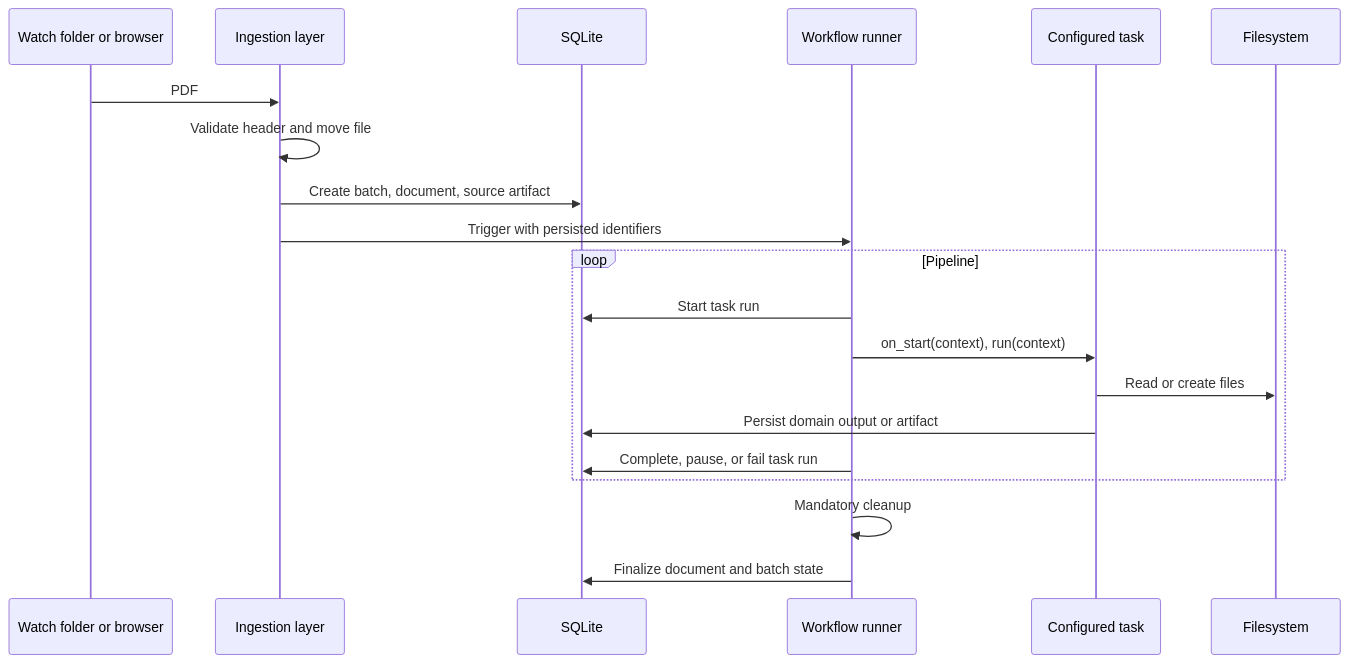
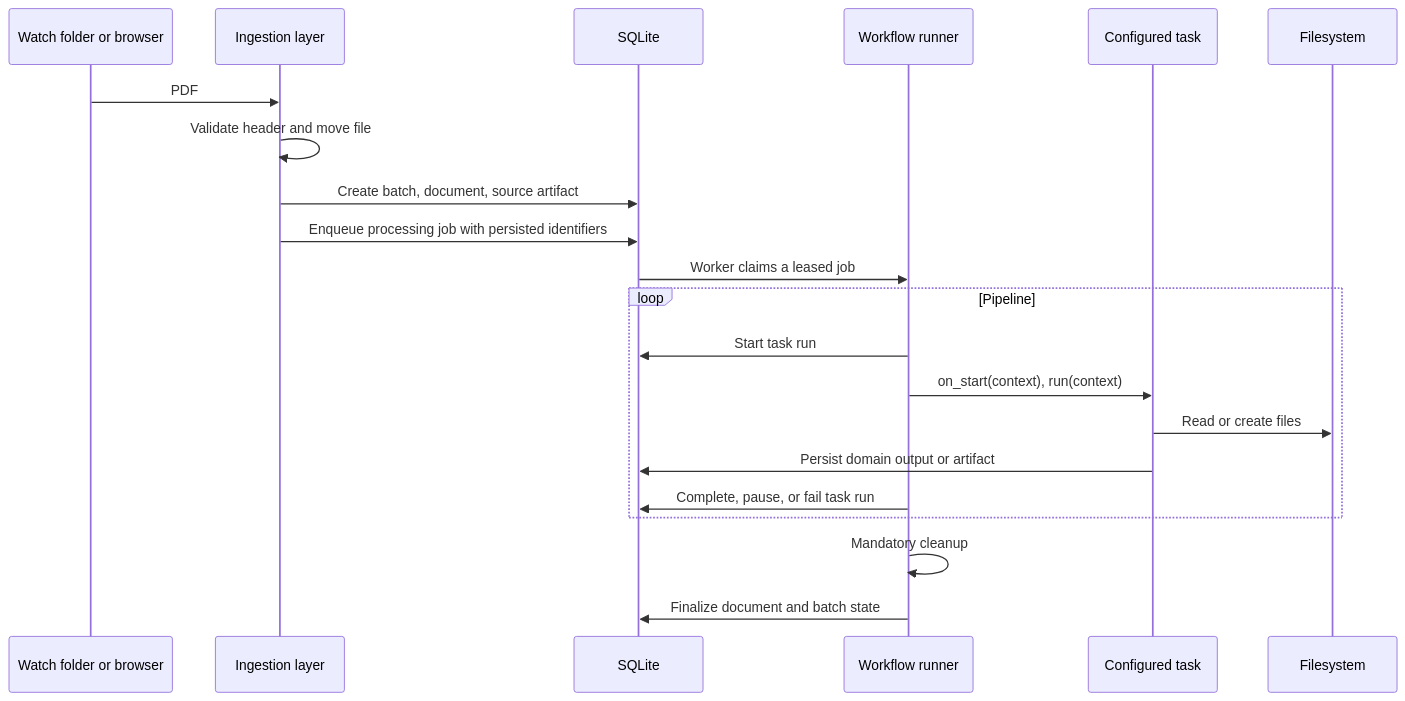
The second of 5 diagrams in docs/design_architecture.md (bpsong/pdfdoc_extraction), drawn with Mermaid before and after one commit. The commit also changed other lines of this file and 128 other files, not shown here.

````diff
--- a/docs/design_architecture.md
+++ b/docs/design_architecture.md
@@ -157,23 +163,24 @@
 ```mermaid
 sequenceDiagram
     participant Source as Watch folder or browser
     participant Ingest as Ingestion layer
     participant DB as SQLite
     participant Runner as Workflow runner
     participant Task as Configured task
     participant FS as Filesystem
 
     Source->>Ingest: PDF
     Ingest->>Ingest: Validate header and move file
     Ingest->>DB: Create batch, document, source artifact
-    Ingest->>Runner: Trigger with persisted identifiers
+    Ingest->>DB: Enqueue processing job with persisted identifiers
+    DB->>Runner: Worker claims a leased job
     loop Pipeline
         Runner->>DB: Start task run
         Runner->>Task: on_start(context), run(context)
         Task->>FS: Read or create files
         Task->>DB: Persist domain output or artifact
         Runner->>DB: Complete, pause, or fail task run
     end
     Runner->>Runner: Mandatory cleanup
     Runner->>DB: Finalize document and batch state
 ```
````
